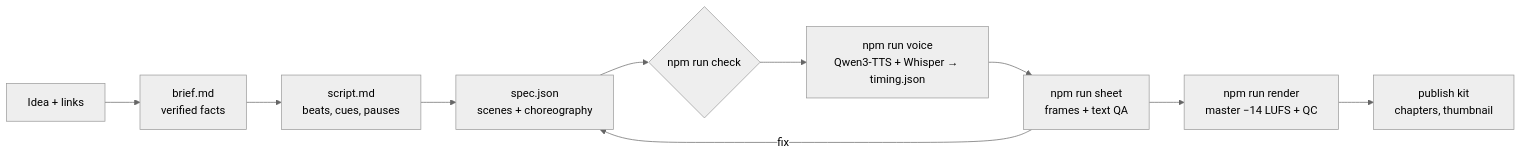
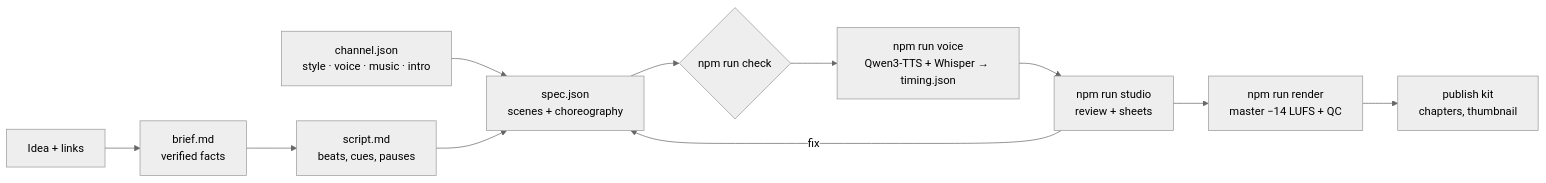
The diagram in README.md (sainp7/motion-graphics-engine), drawn with Mermaid (neutral theme) before and after one commit. The commit also changed other lines of this file and 81 other files, not shown here.

Commit message:
Add SKILL guides for channels, styles, custom scenes, and the review studio.

````diff
--- a/README.md
+++ b/README.md
@@ -118,12 +199,13 @@
 ```mermaid
 flowchart LR
+  channel[channel.json<br/>style · voice · music · intro] --> spec
   idea[Idea + links] --> brief[brief.md<br/>verified facts]
   brief --> script[script.md<br/>beats, cues, pauses]
   script --> spec[spec.json<br/>scenes + choreography]
   spec --> check{npm run check}
   check --> voice[npm run voice<br/>Qwen3-TTS + Whisper → timing.json]
-  voice --> sheet[npm run sheet<br/>frames + text QA]
-  sheet -->|fix| spec
-  sheet --> render[npm run render<br/>master −14 LUFS + QC]
+  voice --> studio[npm run studio<br/>review + sheets]
+  studio -->|fix| spec
+  studio --> render[npm run render<br/>master −14 LUFS + QC]
   render --> kit[publish kit<br/>chapters, thumbnail]
 ```
````
